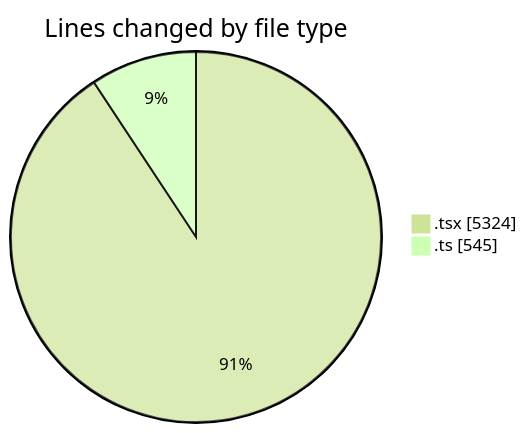
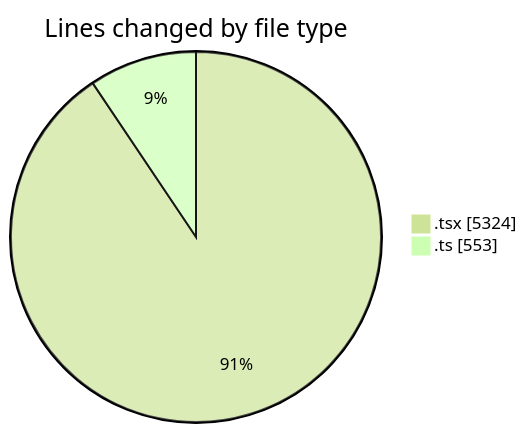
One commit to nxtqubesakshisongat/code-tracking changed the first of 2 diagrams in 2026-03-15/nxtqube_webapp/README.md. Above: the diagram before and after it, drawn with Mermaid (forest theme). The commit also changed other lines of this file and 1 other file, not shown here.

````diff
--- a/2026-03-15/nxtqube_webapp/README.md
+++ b/2026-03-15/nxtqube_webapp/README.md
@@ -32,6 +32,6 @@
 ```mermaid
 pie showData
 title Lines changed by file type
 ".tsx" : 5324
-".ts" : 545
+".ts" : 553
 ```
````
